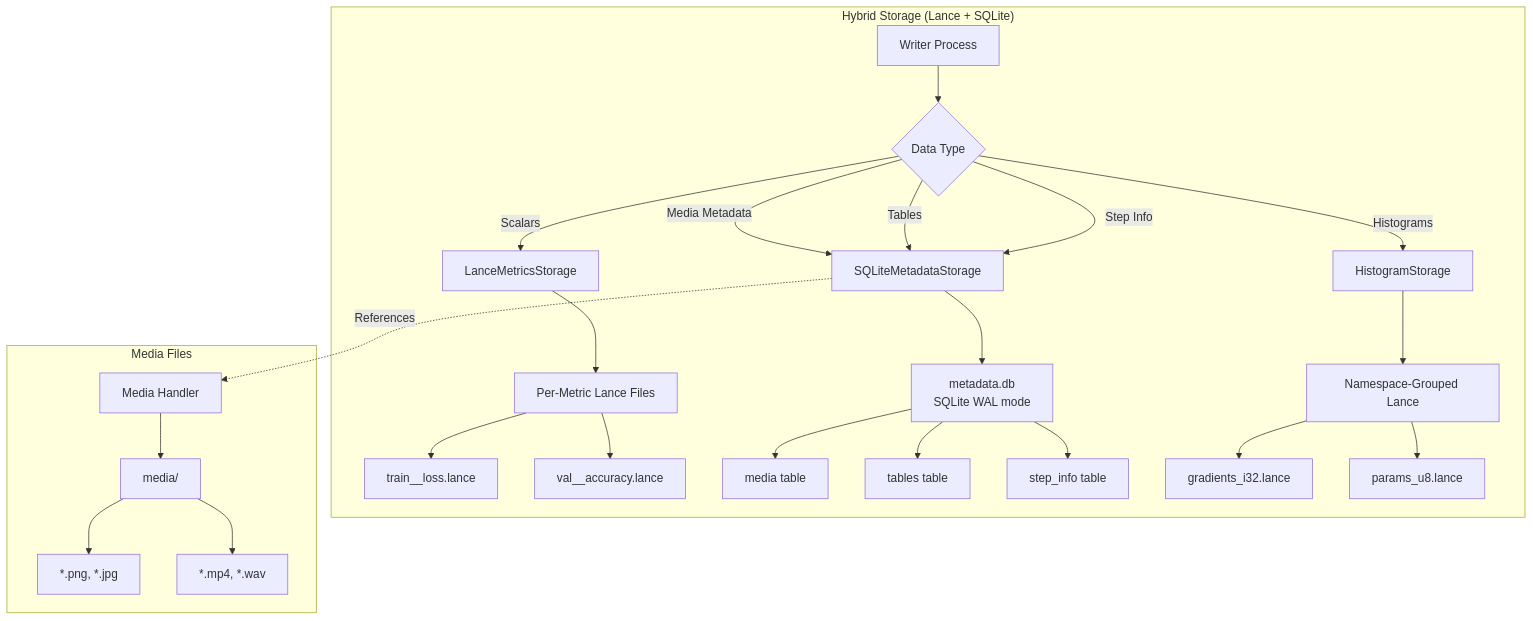
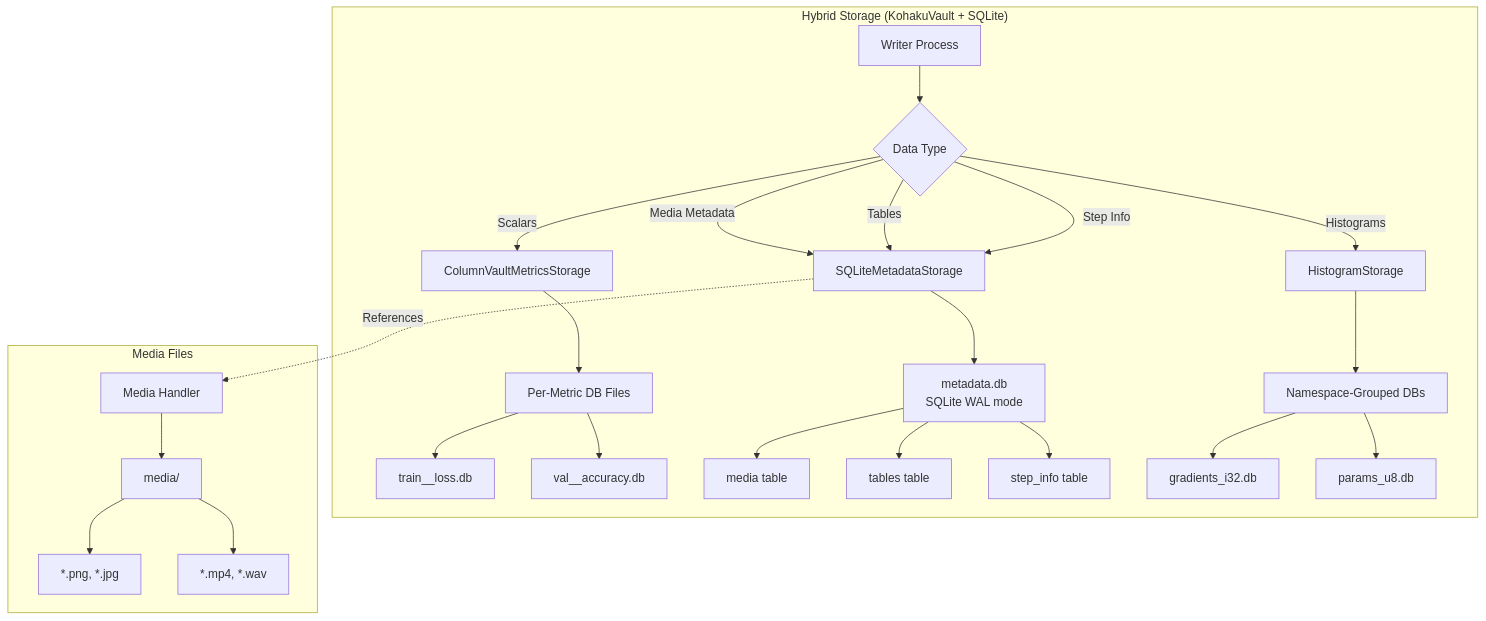
Before and after one commit to KohakuBlueleaf/KohakuBoard: the fifth of 14 diagrams in docs/kohakuboard/architecture.md, drawn with Mermaid. The commit also changed other lines of this file and 4 other files, not shown here.

````diff
--- a/docs/kohakuboard/architecture.md
+++ b/docs/kohakuboard/architecture.md
@@ -192,34 +192,34 @@
 ```mermaid
 graph TB
-    subgraph "Hybrid Storage (Lance + SQLite)"
+    subgraph "Hybrid Storage (KohakuVault + SQLite)"
         A[Writer Process] --> B{Data Type}
 
-        B -->|Scalars| C[LanceMetricsStorage]
+        B -->|Scalars| C[ColumnVaultMetricsStorage]
         B -->|Media Metadata| D[SQLiteMetadataStorage]
         B -->|Tables| D
         B -->|Step Info| D
         B -->|Histograms| E[HistogramStorage]
 
-        C --> F[Per-Metric Lance Files]
-        F --> F1[train__loss.lance]
-        F --> F2[val__accuracy.lance]
+        C --> F[Per-Metric DB Files]
+        F --> F1[train__loss.db]
+        F --> F2[val__accuracy.db]
 
         D --> G[metadata.db<br/>SQLite WAL mode]
         G --> G1[media table]
         G --> G2[tables table]
         G --> G3[step_info table]
 
-        E --> H[Namespace-Grouped Lance]
-        H --> H1[gradients_i32.lance]
-        H --> H2[params_u8.lance]
+        E --> H[Namespace-Grouped DBs]
+        H --> H1[gradients_i32.db]
+        H --> H2[params_u8.db]
     end
 
     subgraph "Media Files"
         I[Media Handler] --> J[media/]
         J --> J1[*.png, *.jpg]
         J --> J2[*.mp4, *.wav]
     end
 
     D -.->|References| I
 
 ```
````
